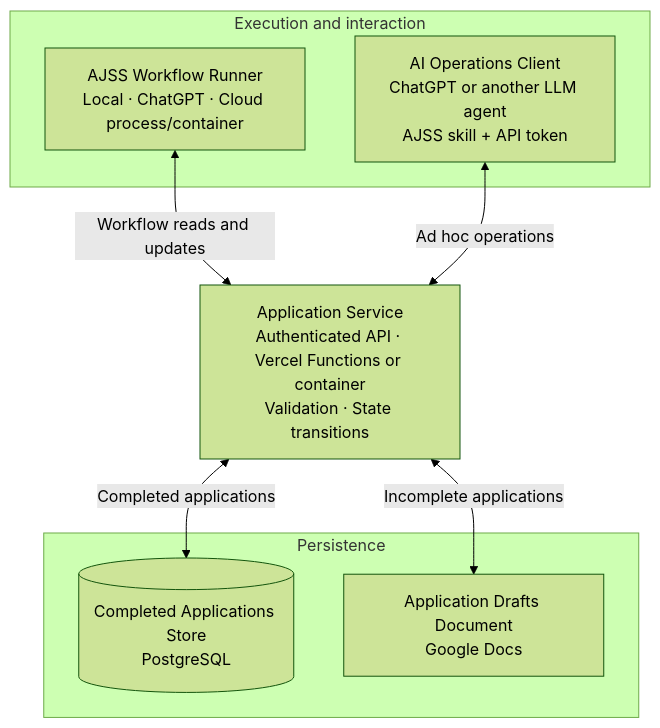
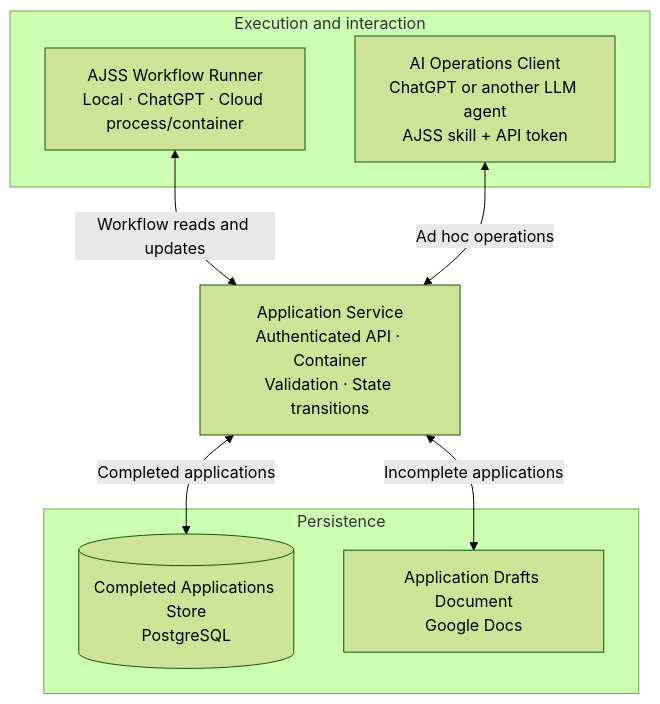
The diagram in README.md (assafep/ai-job-search-system), drawn with Mermaid (forest theme) before and after one commit. The commit also changed other lines of this file and 85 other files, not shown here.

First line of the commit message:
Refactor: Clean up Vercel deployment and improve application service architecture

````diff
--- a/README.md
+++ b/README.md
@@ -281,19 +281,19 @@
 ```mermaid
 flowchart TB
     subgraph Clients["Execution and interaction"]
         Runner["AJSS Workflow Runner<br/>Local · ChatGPT · Cloud process/container"]
         AI["AI Operations Client<br/>ChatGPT or another LLM agent<br/>AJSS skill + API token"]
     end
 
-    Service["Application Service<br/>Authenticated API · Vercel Functions or container<br/>Validation · State transitions"]
+    Service["Application Service<br/>Authenticated API · Container<br/>Validation · State transitions"]
 
     subgraph Persistence["Persistence"]
         Postgres[("Completed Applications Store<br/>PostgreSQL")]
         Docs["Application Drafts Document<br/>Google Docs"]
     end
 
     Runner <-->|"Workflow reads and updates"| Service
     AI <-->|"Ad hoc operations"| Service
     Service <-->|"Completed applications"| Postgres
     Service <-->|"Incomplete applications"| Docs
 ```
````
